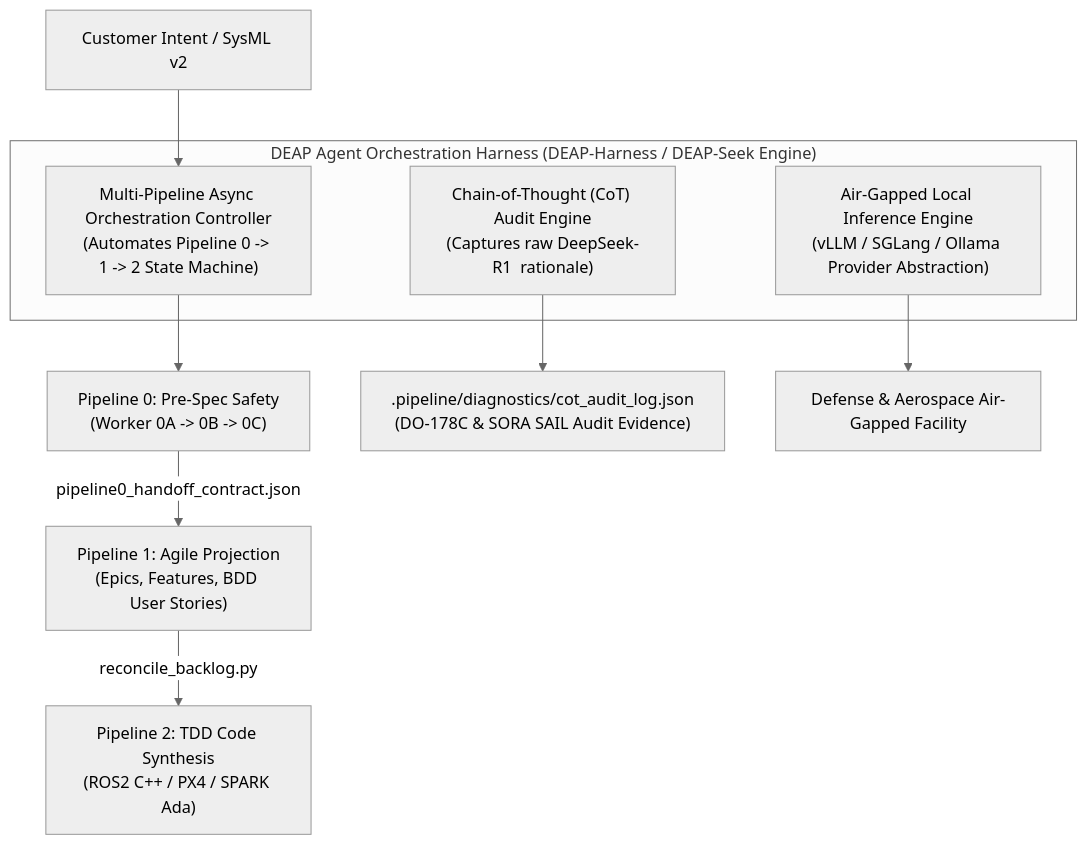
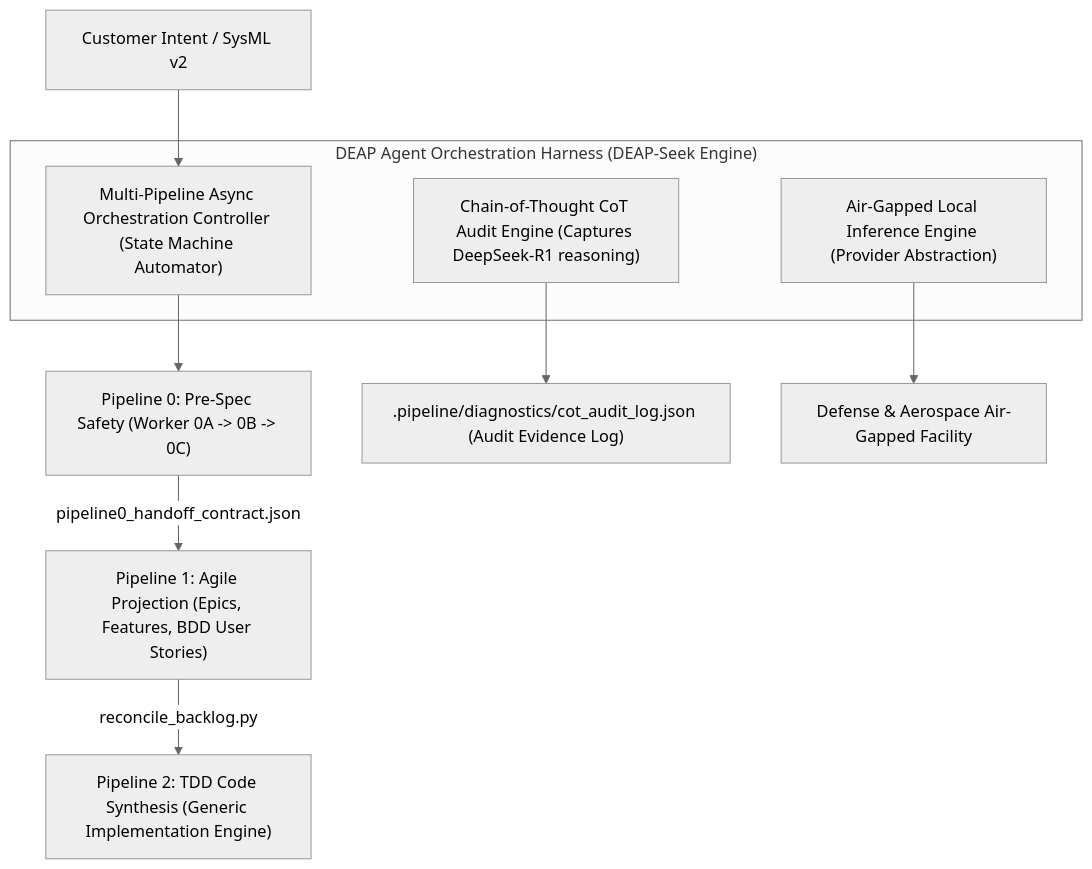
One commit to gintatkinson/DEAP-spec-core changed the first of 3 diagrams in docs/architecture/blueprints/DEAP_DEEPSEEK_HARNESS_INTEGRATION_BLUEPRINT.md. Above: the diagram before and after it, drawn with Mermaid (neutral theme). The commit also changed other lines of this file and 14 other files, not shown here.

````diff
--- a/docs/architecture/blueprints/DEAP_DEEPSEEK_HARNESS_INTEGRATION_BLUEPRINT.md
+++ b/docs/architecture/blueprints/DEAP_DEEPSEEK_HARNESS_INTEGRATION_BLUEPRINT.md
@@ -17,16 +17,16 @@
 ```mermaid
 flowchart TD
-    subgraph DEAP_Harness_Core["DEAP Agent Orchestration Harness (DEAP-Harness / DEAP-Seek Engine)"]
-        CoTEngine["Chain-of-Thought (CoT) Audit Engine\n(Captures raw DeepSeek-R1 <think> rationale)"]
-        AirGapRuntime["Air-Gapped Local Inference Engine\n(vLLM / SGLang / Ollama Provider Abstraction)"]
-        PipelineController["Multi-Pipeline Async Orchestration Controller\n(Automates Pipeline 0 -> 1 -> 2 State Machine)"]
+    subgraph DEAP_Harness_Core["DEAP Agent Orchestration Harness (DEAP-Seek Engine)"]
+        CoTEngine["Chain-of-Thought CoT Audit Engine (Captures DeepSeek-R1 reasoning)"]
+        AirGapRuntime["Air-Gapped Local Inference Engine (Provider Abstraction)"]
+        PipelineController["Multi-Pipeline Async Orchestration Controller (State Machine Automator)"]
     end
 
     InputIntent["Customer Intent / SysML v2"] --> PipelineController
-    PipelineController --> P0["Pipeline 0: Pre-Spec Safety\n(Worker 0A -> 0B -> 0C)"]
-    P0 -->|"pipeline0_handoff_contract.json"| P1["Pipeline 1: Agile Projection\n(Epics, Features, BDD User Stories)"]
-    P1 -->|"reconcile_backlog.py"| P2["Pipeline 2: TDD Code Synthesis\n(ROS2 C++ / PX4 / SPARK Ada)"]
+    PipelineController --> P0["Pipeline 0: Pre-Spec Safety (Worker 0A -> 0B -> 0C)"]
+    P0 -->|"pipeline0_handoff_contract.json"| P1["Pipeline 1: Agile Projection (Epics, Features, BDD User Stories)"]
+    P1 -->|"reconcile_backlog.py"| P2["Pipeline 2: TDD Code Synthesis (Generic Implementation Engine)"]
     
-    CoTEngine --> AuditLog[".pipeline/diagnostics/cot_audit_log.json\n(DO-178C & SORA SAIL Audit Evidence)"]
+    CoTEngine --> AuditLog[".pipeline/diagnostics/cot_audit_log.json (Audit Evidence Log)"]
     AirGapRuntime --> SecureLab["Defense & Aerospace Air-Gapped Facility"]
 ```
````
